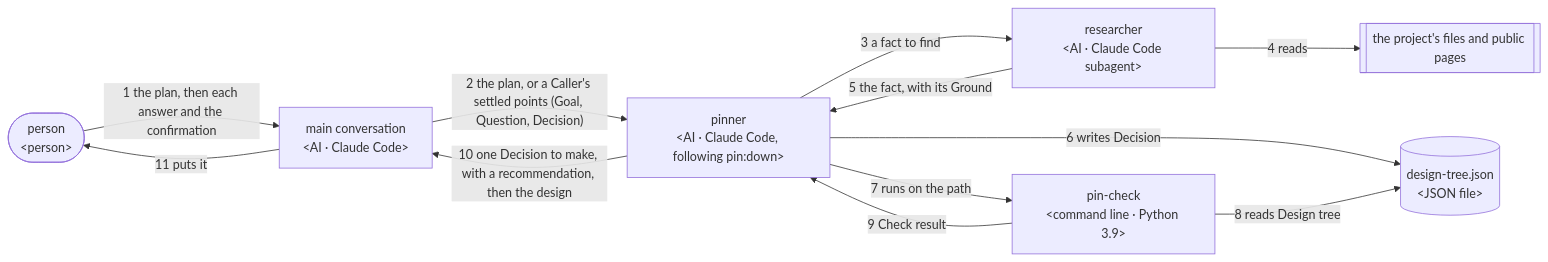
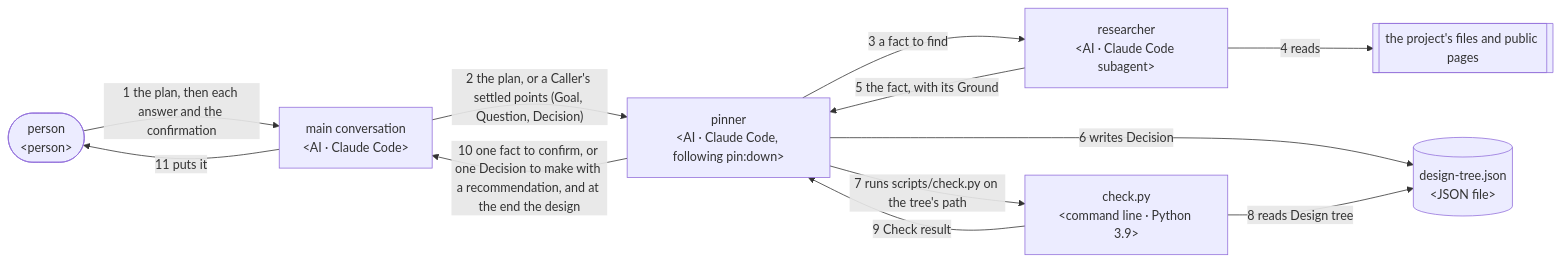
One commit to lovaizu/ccpm changed the first of 5 diagrams in dev/pin/architecture.md. Above: the diagram before and after it, drawn with Mermaid. The commit also changed other lines of this file and 2 other files, not shown here.

First line of the commit message:
pin: the check script in scripts/, in one form across versions; each fact shown as it is found; a caller's role runs pin:down itself

````diff
--- a/dev/pin/architecture.md
+++ b/dev/pin/architecture.md
@@ -124,21 +113,21 @@
 ```mermaid
 flowchart LR
   P(["person<br>#lt;person#gt;"])
   MC["main conversation<br>#lt;AI · Claude Code#gt;"]
   PN["pinner<br>#lt;AI · Claude Code, following pin:down#gt;"]
   RS["researcher<br>#lt;AI · Claude Code subagent#gt;"]
-  CK["pin-check<br>#lt;command line · Python 3.9#gt;"]
+  CK["check.py<br>#lt;command line · Python 3.9#gt;"]
   TR[("design-tree.json<br>#lt;JSON file#gt;")]
   SRC[["the project's files and public pages"]]
   P -- "1 the plan, then each answer and the confirmation" --> MC
   MC -- "2 the plan, or a Caller's settled points (Goal, Question, Decision)" --> PN
   PN -- "3 a fact to find" --> RS
   RS -- "4 reads" --> SRC
   RS -- "5 the fact, with its Ground" --> PN
   PN -- "6 writes Decision" --> TR
-  PN -- "7 runs on the path" --> CK
+  PN -- "7 runs scripts/check.py on the tree's path" --> CK
   CK -- "8 reads Design tree" --> TR
   CK -- "9 Check result" --> PN
-  PN -- "10 one Decision to make, with a recommendation, then the design" --> MC
+  PN -- "10 one fact to confirm, or one Decision to make with a recommendation, and at the end the design" --> MC
   MC -- "11 puts it" --> P
 ```
````
